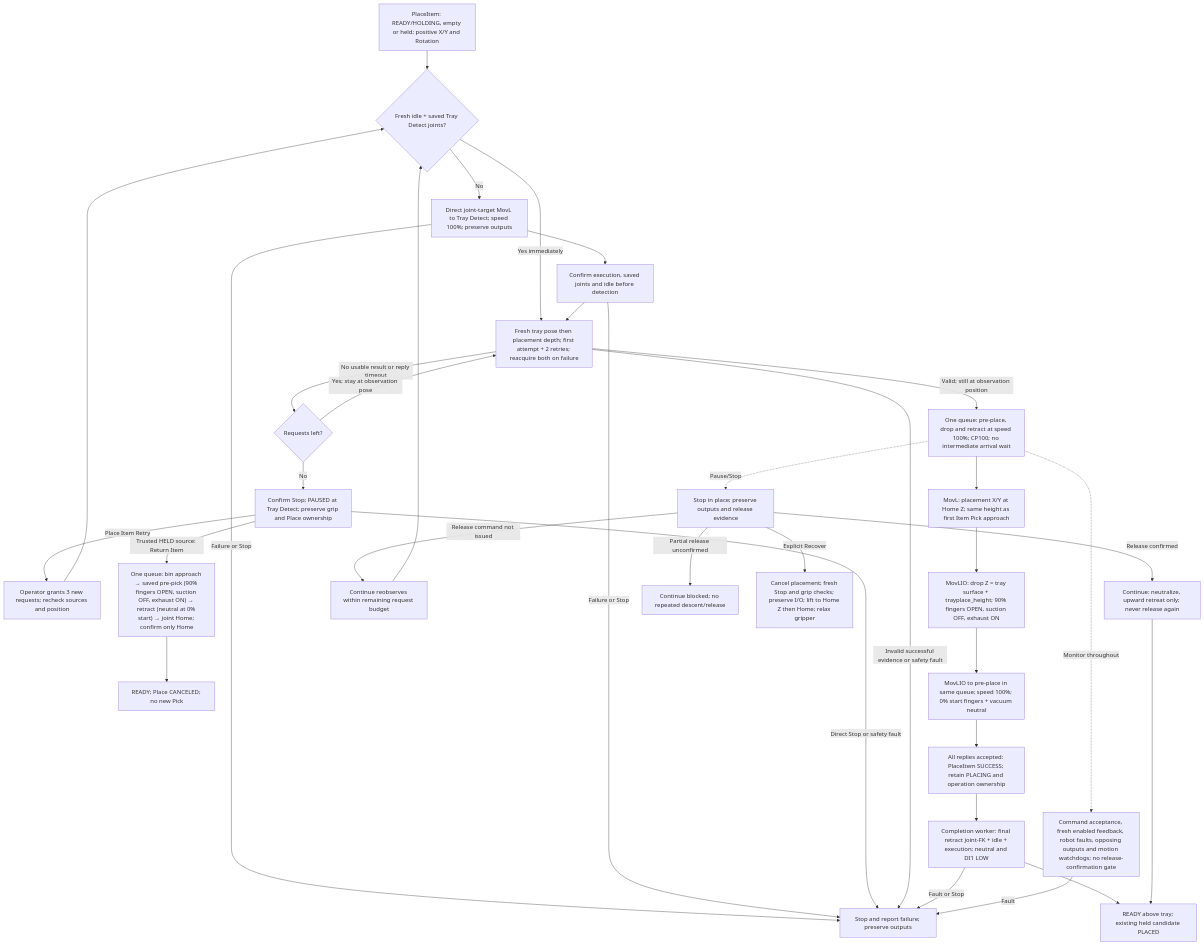
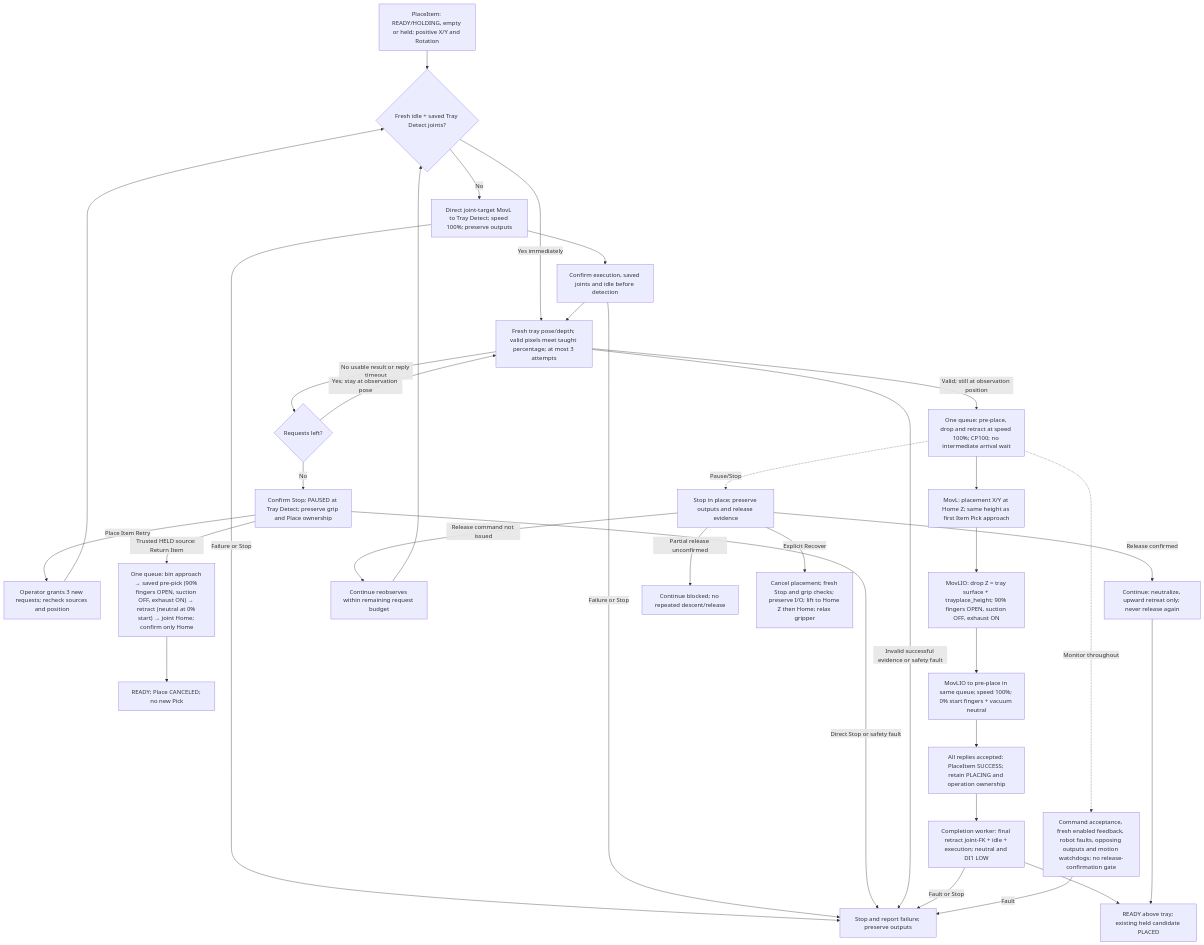
The fifth of 9 diagrams in docs/ROBOT_CONTROLLER_FSM.md (esgange/dobot_picknplace_yolo), drawn with Mermaid before and after one commit. The commit also changed other lines of this file and 27 other files, not shown here.

Commit message:
Use percentage-only depth coverage for item and tray detection

````diff
--- a/docs/ROBOT_CONTROLLER_FSM.md
+++ b/docs/ROBOT_CONTROLLER_FSM.md
@@ -617,36 +626,36 @@
 ```mermaid
 flowchart TD
     Request["PlaceItem: READY/HOLDING, empty or held; positive X/Y and Rotation"] --> Observe{"Fresh idle + saved Tray Detect joints?"}
-    Observe -->|Yes immediately| Depth["Fresh tray pose then placement depth; first attempt + 2 retries; reacquire both on failure"]
+    Observe -->|Yes immediately| Depth["Fresh tray pose/depth; valid pixels meet taught percentage; at most 3 attempts"]
     Observe -->|No| Travel["Direct joint-target MovL to Tray Detect; speed 100%; preserve outputs"]
     Travel --> Arrive["Confirm execution, saved joints and idle before detection"]
     Arrive --> Depth
     Travel -->|Failure or Stop| Stop["Stop and report failure; preserve outputs"]
     Arrive -->|Failure or Stop| Stop
     Depth -->|No usable result or reply timeout| Budget{"Requests left?"}
     Budget -->|Yes; stay at observation pose| Depth
     Budget -->|No| AcquisitionPause["Confirm Stop; PAUSED at Tray Detect; preserve grip and Place ownership"]
     AcquisitionPause -->|Place Item Retry| Reset["Operator grants 3 new requests; recheck sources and position"]
     Reset --> Observe
     AcquisitionPause -->|Trusted HELD source: Return Item| PutBack["One queue: bin approach → saved pre-pick (90% fingers OPEN, suction OFF, exhaust ON) → retract (neutral at 0% start) → joint Home; confirm only Home"]
     PutBack --> Returned["READY; Place CANCELED; no new Pick"]
     AcquisitionPause -->|Direct Stop or safety fault| Stop
     Depth -->|Invalid successful evidence or safety fault| Stop
     Depth -->|Valid; still at observation position| Queue["One queue: pre-place, drop and retract at speed 100%; CP100; no intermediate arrival wait"]
     Queue --> Pre["MovL: placement X/Y at Home Z; same height as first Item Pick approach"]
     Pre --> Release["MovLIO: drop Z = tray surface + trayplace_height; 90% fingers OPEN, suction OFF, exhaust ON"]
     Release --> Retract["MovLIO to pre-place in same queue; speed 100%; 0% start fingers + vacuum neutral"]
     Retract --> Accepted["All replies accepted: PlaceItem SUCCESS; retain PLACING and operation ownership"]
     Accepted --> Monitor["Completion worker: final retract joint-FK + idle + execution; neutral and DI1 LOW"]
     Monitor --> Ready["READY above tray; existing held candidate PLACED"]
     Monitor -->|Fault or Stop| Stop
     Queue -. "Monitor throughout" .-> Feedback["Command acceptance, fresh enabled feedback, robot faults, opposing outputs and motion watchdogs; no release-confirmation gate"]
     Feedback -->|Fault| Stop
     Queue -. "Pause/Stop" .-> Stopped["Stop in place; preserve outputs and release evidence"]
     Stopped -->|Release command not issued| Retry["Continue reobserves within remaining request budget"]
     Retry --> Observe
     Stopped -->|Release confirmed| Recover["Continue: neutralize, upward retreat only; never release again"]
     Recover --> Ready
     Stopped -->|Partial release unconfirmed| Block["Continue blocked; no repeated descent/release"]
     Stopped -->|Explicit Recover| Cancel["Cancel placement; fresh Stop and grip checks; preserve I/O; lift to Home Z then Home; relax gripper"]
 ```
````
